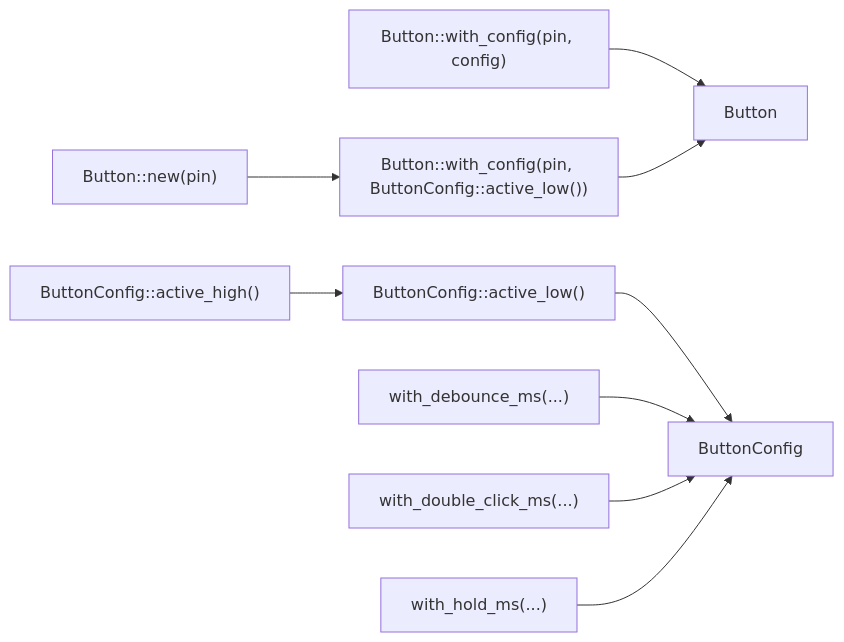
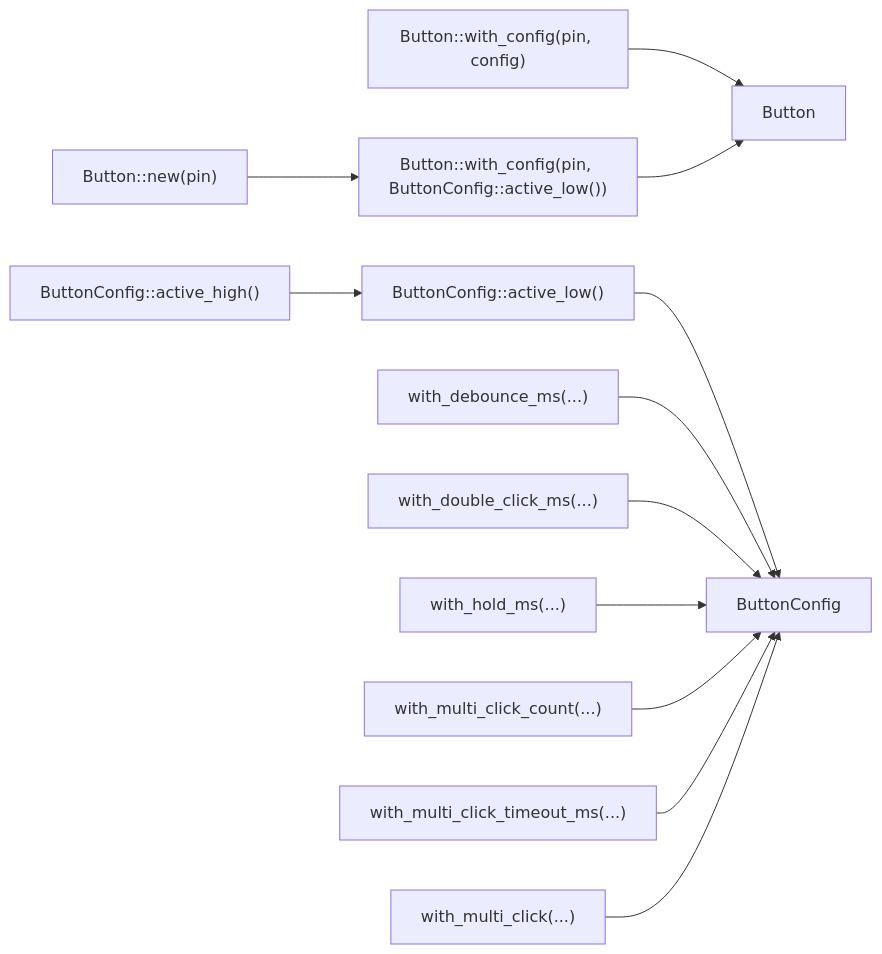
The second of 2 diagrams in README.md (antonsterkhov/debounce-button-eng), drawn with Mermaid before and after one commit. The commit also changed other lines of this file and 3 other files, not shown here.

````diff
--- a/README.md
+++ b/README.md
@@ -346,12 +429,15 @@
 ```mermaid
 flowchart LR
     new["Button::new(pin)"] --> with_config["Button::with_config(pin, ButtonConfig::active_low())"]
     custom["Button::with_config(pin, config)"] --> button["Button<PIN>"]
     with_config --> button
 
     active_low["ButtonConfig::active_low()"] --> config["ButtonConfig"]
     active_high["ButtonConfig::active_high()"] --> active_low
     debounce["with_debounce_ms(...)"] --> config
     double["with_double_click_ms(...)"] --> config
     hold["with_hold_ms(...)"] --> config
+    multi_count["with_multi_click_count(...)"] --> config
+    multi_timeout["with_multi_click_timeout_ms(...)"] --> config
+    multi["with_multi_click(...)"] --> config
 ```
````
